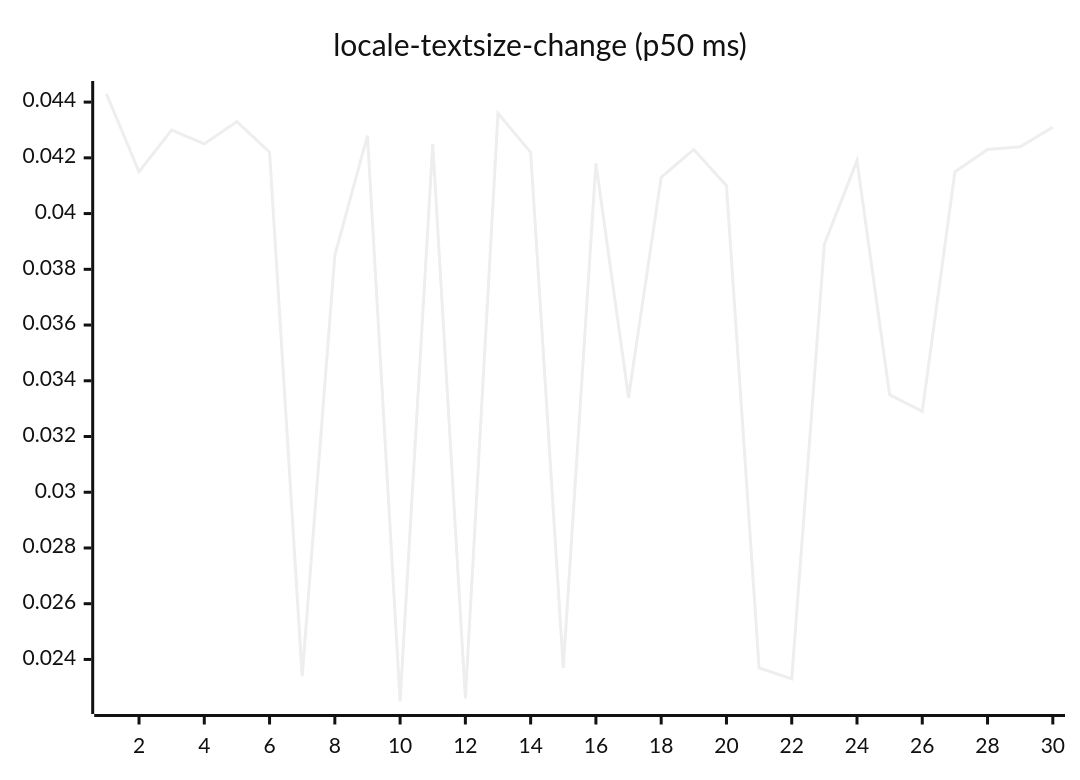
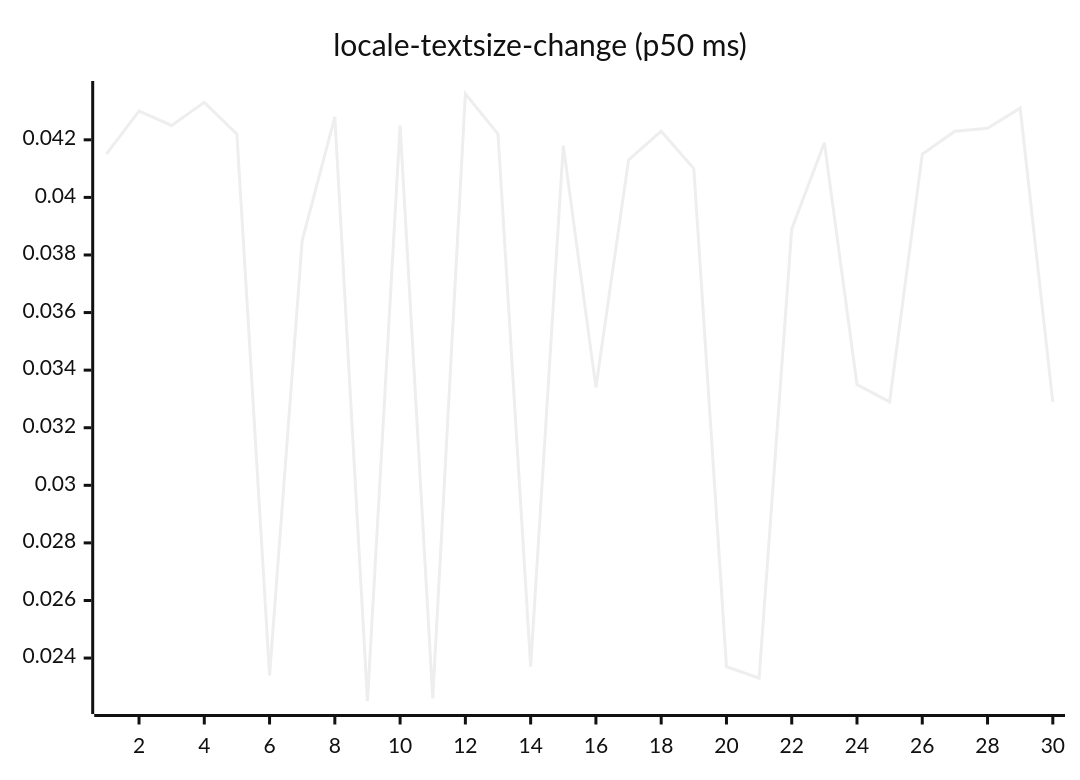
Before and after one commit to josha/Facet: diagram 13 of 27 in README.md, drawn with Mermaid (neutral theme). The commit also changed other lines of this file and 2 other files, not shown here.

````diff
--- a/README.md
+++ b/README.md
@@ -147,6 +147,6 @@
 ```mermaid
 xychart-beta
     title "locale-textsize-change (p50 ms)"
     x-axis 1 --> 30
-    line [0.0443, 0.0415, 0.0430, 0.0425, 0.0433, 0.0422, 0.0234, 0.0385, 0.0428, 0.0225, 0.0425, 0.0226, 0.0436, 0.0422, 0.0237, 0.0418, 0.0334, 0.0413, 0.0423, 0.0410, 0.0237, 0.0233, 0.0389, 0.0419, 0.0335, 0.0329, 0.0415, 0.0423, 0.0424, 0.0431]
+    line [0.0415, 0.0430, 0.0425, 0.0433, 0.0422, 0.0234, 0.0385, 0.0428, 0.0225, 0.0425, 0.0226, 0.0436, 0.0422, 0.0237, 0.0418, 0.0334, 0.0413, 0.0423, 0.0410, 0.0237, 0.0233, 0.0389, 0.0419, 0.0335, 0.0329, 0.0415, 0.0423, 0.0424, 0.0431, 0.0329]
 ```
````
